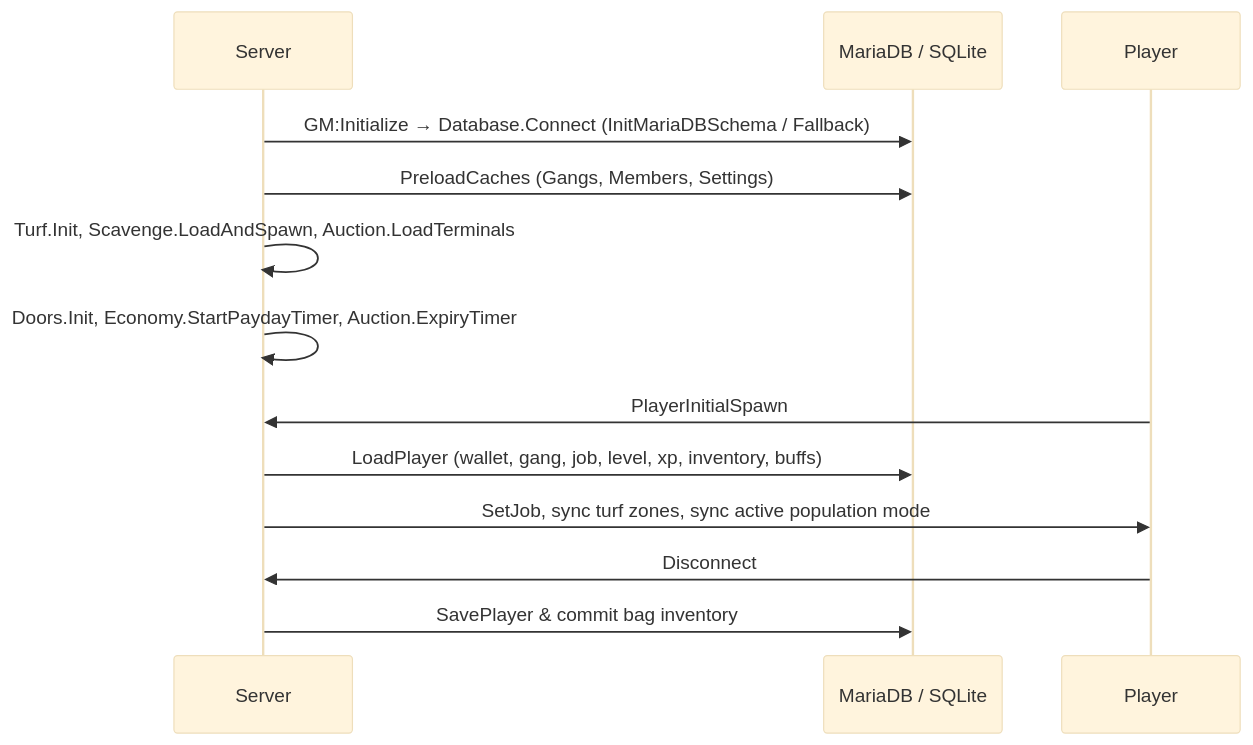
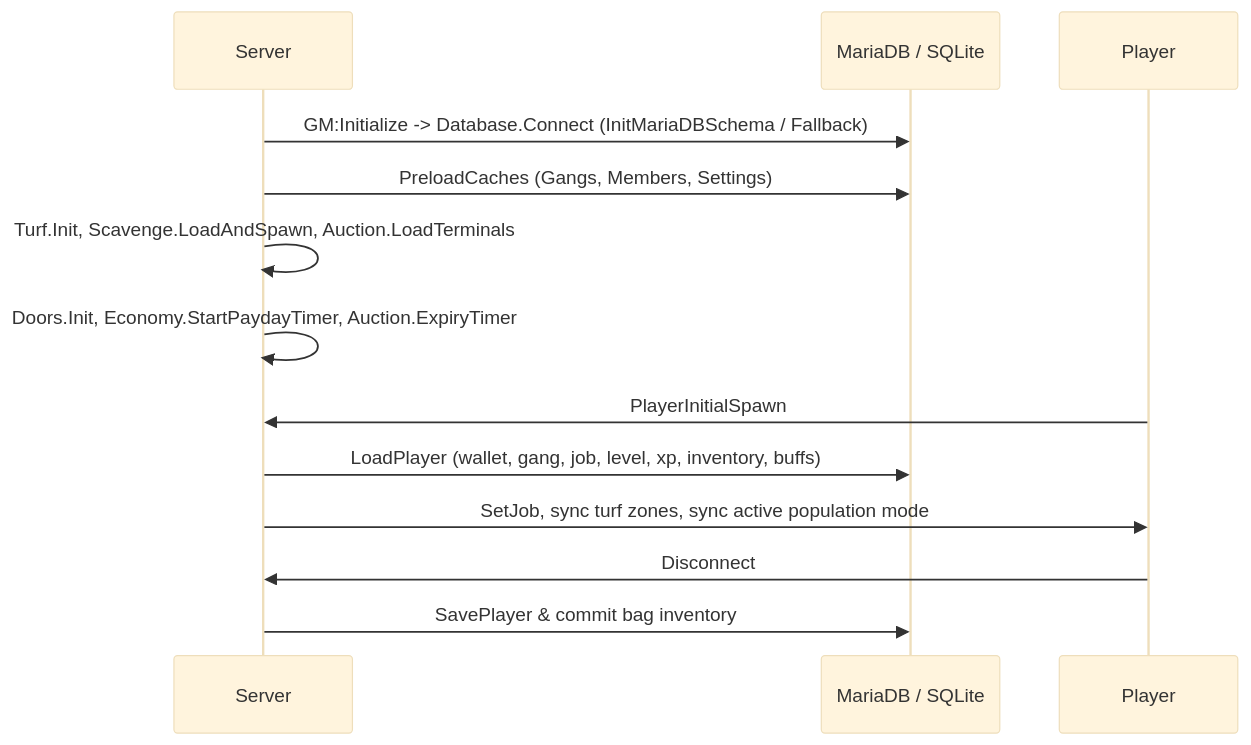
The fifth of 6 diagrams in README.md (elblayko/gwrp), drawn with Mermaid (base theme) before and after one commit. The commit also changed other lines of this file and 40 other files, not shown here.

````diff
--- a/README.md
+++ b/README.md
@@ -273,15 +273,15 @@
 ```mermaid
 sequenceDiagram
     participant S as Server
     participant DB as MariaDB / SQLite
     participant P as Player
-    S->>DB: GM:Initialize → Database.Connect (InitMariaDBSchema / Fallback)
+    S->>DB: GM:Initialize -> Database.Connect (InitMariaDBSchema / Fallback)
     S->>DB: PreloadCaches (Gangs, Members, Settings)
     S->>S: Turf.Init, Scavenge.LoadAndSpawn, Auction.LoadTerminals
     S->>S: Doors.Init, Economy.StartPaydayTimer, Auction.ExpiryTimer
     P->>S: PlayerInitialSpawn
     S->>DB: LoadPlayer (wallet, gang, job, level, xp, inventory, buffs)
     S->>P: SetJob, sync turf zones, sync active population mode
     P->>S: Disconnect
     S->>DB: SavePlayer & commit bag inventory
 ```
````
